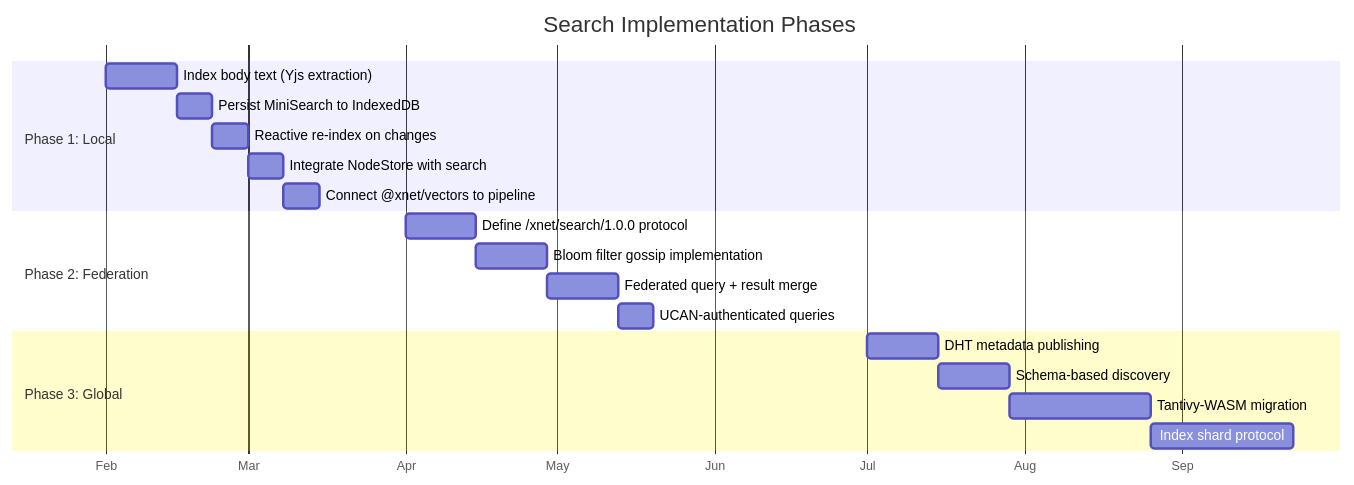
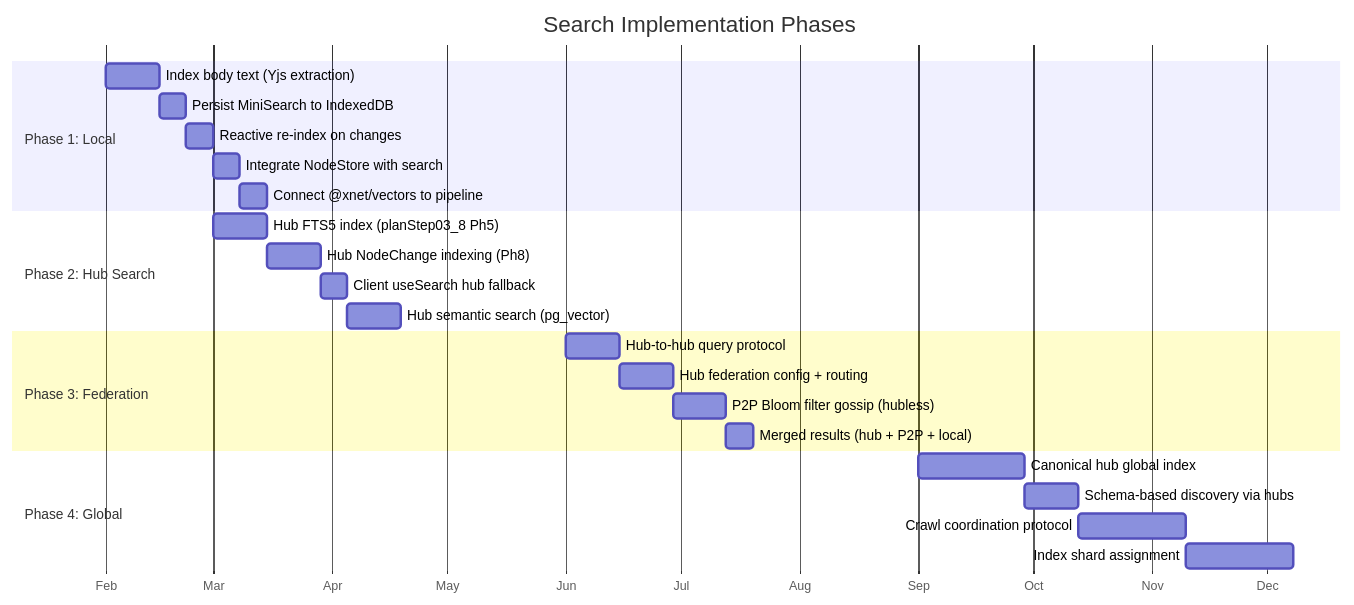
Before and after one commit to crs48/xNet: diagram 12 of 12 in docs/explorations/DECENTRALIZED_SEARCH.md, drawn with Mermaid. The commit also changed other lines of this file, not shown here.

Commit message:
Integrate Hub infrastructure into decentralized search exploration: always-on federation, canonical hub revenue model, hub-to-hub query protocol

````diff
--- a/docs/explorations/DECENTRALIZED_SEARCH.md
+++ b/docs/explorations/DECENTRALIZED_SEARCH.md
@@ -565,25 +918,31 @@
 ```mermaid
 gantt
     title Search Implementation Phases
     dateFormat YYYY-MM
     axisFormat %b
 
     section Phase 1: Local
     Index body text (Yjs extraction)    :p1a, 2026-02, 2w
     Persist MiniSearch to IndexedDB     :p1b, after p1a, 1w
     Reactive re-index on changes        :p1c, after p1b, 1w
     Integrate NodeStore with search     :p1d, after p1c, 1w
     Connect @xnet/vectors to pipeline   :p1e, after p1d, 1w
 
-    section Phase 2: Federation
-    Define /xnet/search/1.0.0 protocol  :p2a, 2026-04, 2w
-    Bloom filter gossip implementation  :p2b, after p2a, 2w
-    Federated query + result merge      :p2c, after p2b, 2w
-    UCAN-authenticated queries          :p2d, after p2c, 1w
+    section Phase 2: Hub Search
+    Hub FTS5 index (planStep03_8 Ph5)   :p2a, 2026-03, 2w
+    Hub NodeChange indexing (Ph8)       :p2b, after p2a, 2w
+    Client useSearch hub fallback       :p2c, after p2b, 1w
+    Hub semantic search (pg_vector)     :p2d, after p2c, 2w
 
-    section Phase 3: Global
-    DHT metadata publishing             :p3a, 2026-07, 2w
-    Schema-based discovery              :p3b, after p3a, 2w
-    Tantivy-WASM migration              :p3c, after p3b, 4w
-    Index shard protocol                :p3d, after p3c, 4w
+    section Phase 3: Federation
+    Hub-to-hub query protocol           :p3a, 2026-06, 2w
+    Hub federation config + routing     :p3b, after p3a, 2w
+    P2P Bloom filter gossip (hubless)   :p3c, after p3b, 2w
+    Merged results (hub + P2P + local)  :p3d, after p3c, 1w
+
+    section Phase 4: Global
+    Canonical hub global index          :p4a, 2026-09, 4w
+    Schema-based discovery via hubs     :p4b, after p4a, 2w
+    Crawl coordination protocol         :p4c, after p4b, 4w
+    Index shard assignment              :p4d, after p4c, 4w
 ```
````
